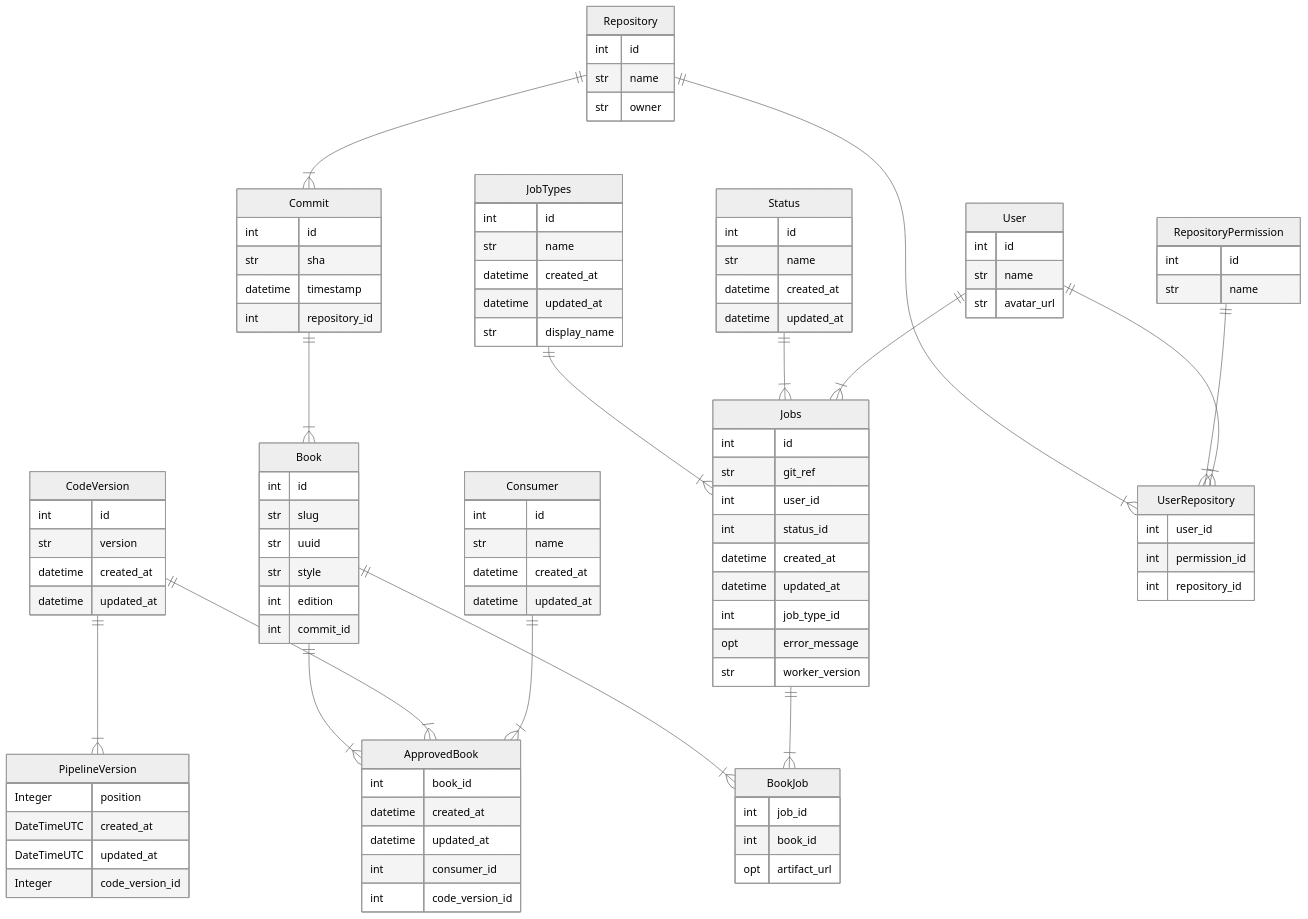
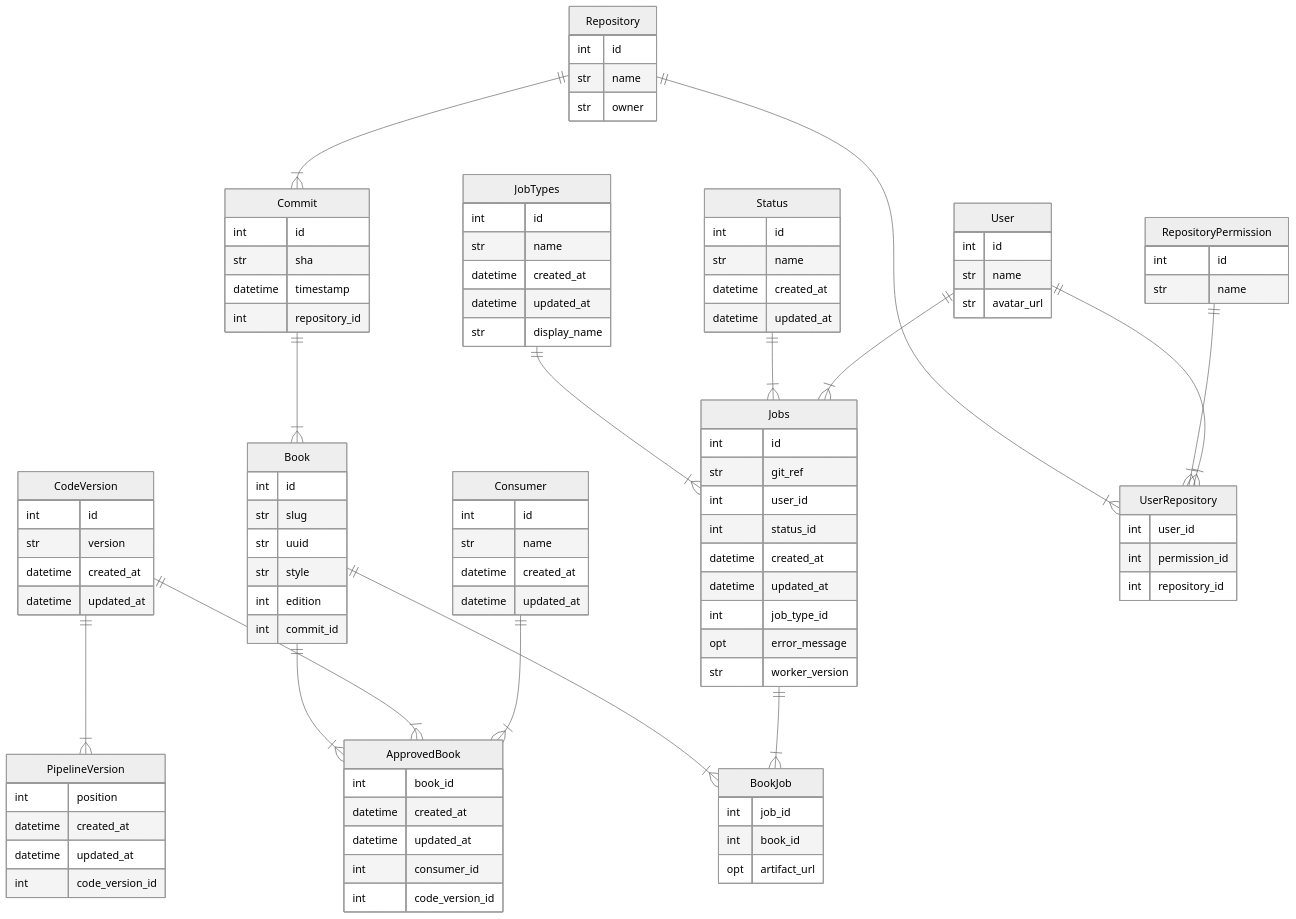
Before and after one commit to openstax/corgi: the diagram in README.md, drawn with Mermaid (neutral theme). The commit also changed 1 other file, not shown here.

Commit message:
Use python type names in ERD

```diff
--- a/README.md
+++ b/README.md
@@ -444,10 +444,10 @@
         str worker_version
     }
     PipelineVersion {
-        Integer position
-        DateTimeUTC created_at
-        DateTimeUTC updated_at
-        Integer code_version_id
+        int position
+        datetime created_at
+        datetime updated_at
+        int code_version_id
     }
     Repository {
         int id
```
